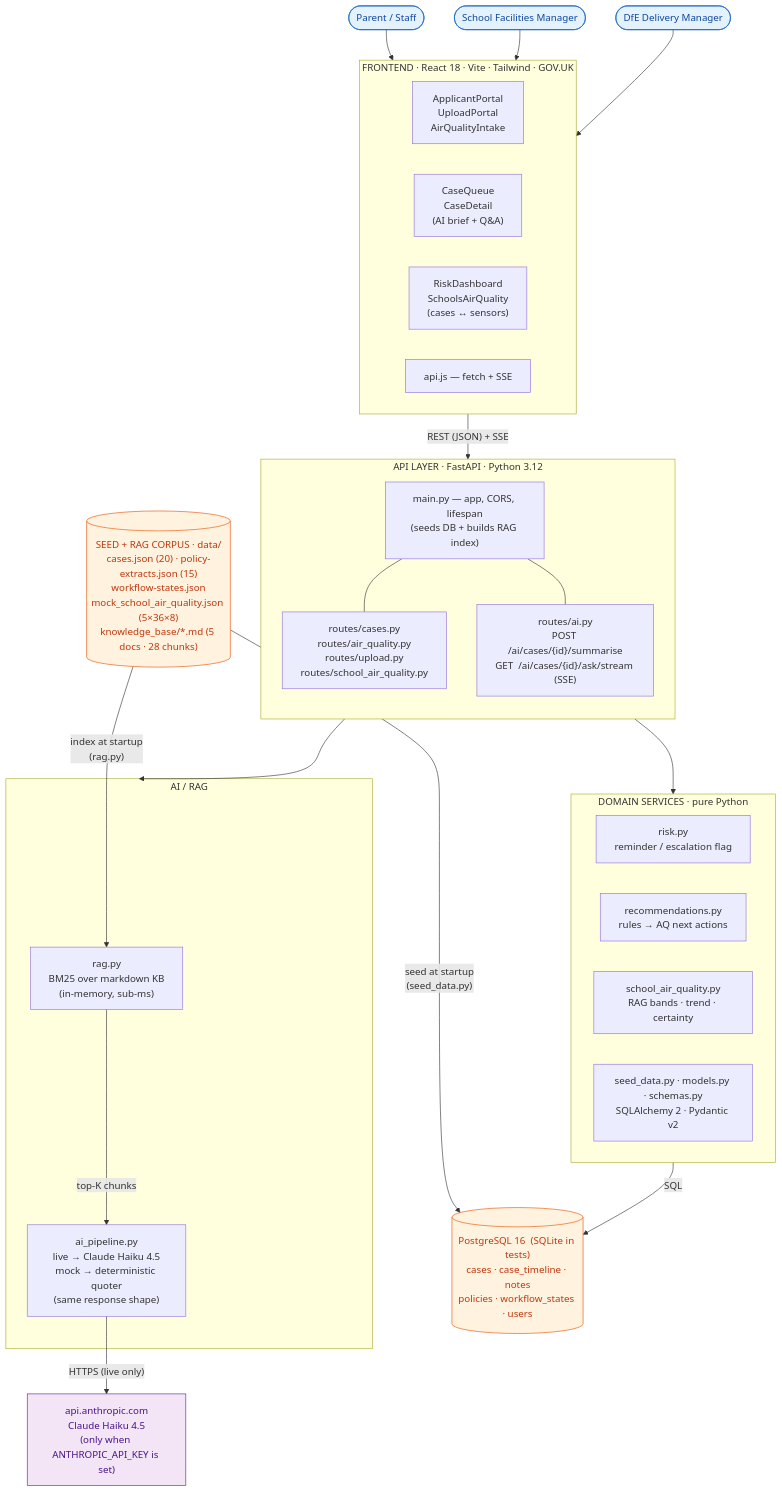
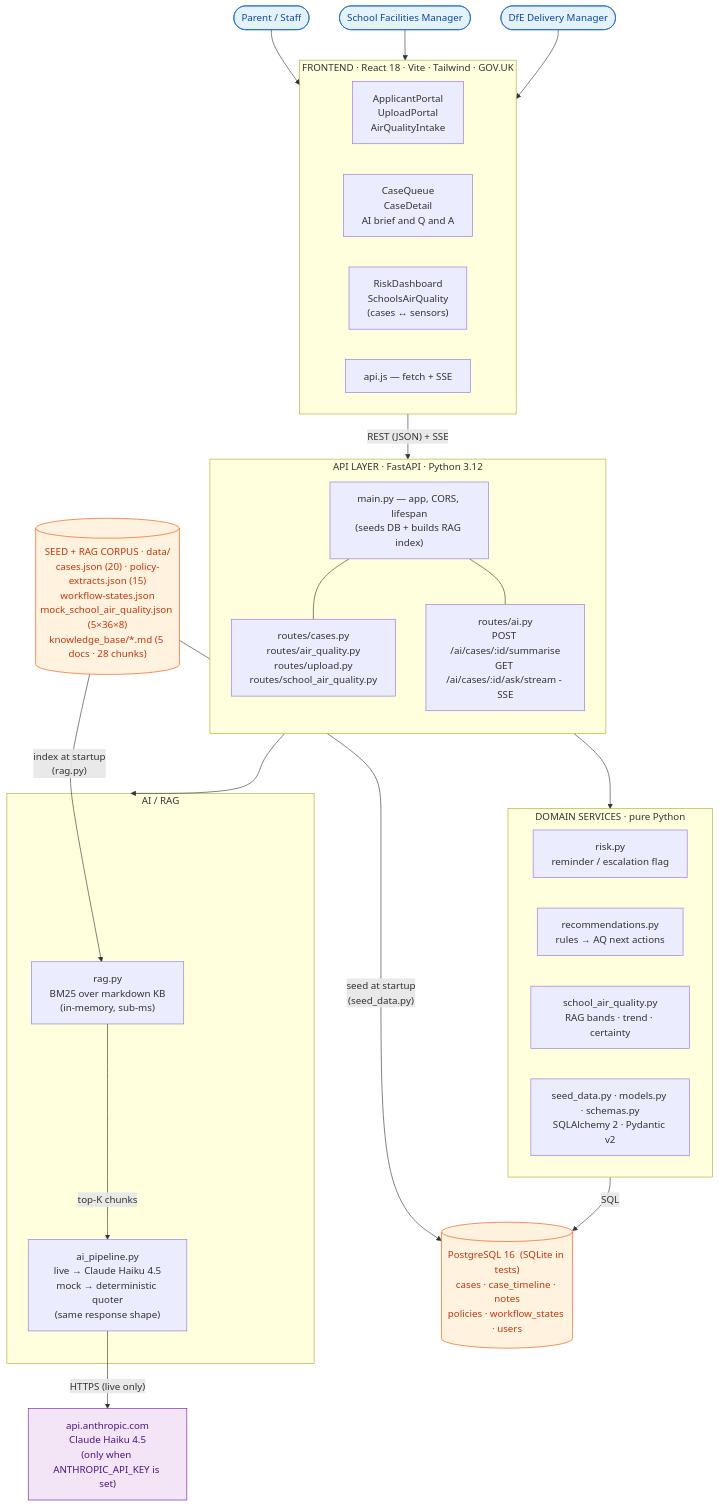
One commit to askreddii1234/pip-caseworker-assistant changed the first of 2 diagrams in README.md. Above: the diagram before and after it, drawn with Mermaid. The commit also changed other lines of this file, not shown here.

Commit message:
Fix Mermaid syntax errors in architecture diagrams
- Replace {id} with :id in API route node text — Mermaid parses { as a
  rhombus-shape opener, which broke the whole flowchart parse.
- Replace &amp; HTML entity with literal "and" — GitHub's Mermaid
  renderer doesn't decode HTML entities inside node labels.
- Remove &nbsp; entities — same reason.
- Change ER attribute type "boolean" to the more conventional "bool".

````diff
--- a/README.md
+++ b/README.md
@@ -25,64 +25,64 @@
 ```mermaid
 flowchart TB
     %% ─── Personas ───
     P1([Parent / Staff]):::persona
     P2([School Facilities Manager]):::persona
     P3([DfE Delivery Manager]):::persona
 
     %% ─── Frontend ───
     subgraph FE["FRONTEND  ·  React 18 · Vite · Tailwind · GOV.UK"]
         direction LR
         FE_PUB["ApplicantPortal<br/>UploadPortal<br/>AirQualityIntake"]
-        FE_CW["CaseQueue<br/>CaseDetail<br/>(AI brief + Q&amp;A)"]
+        FE_CW["CaseQueue<br/>CaseDetail<br/>AI brief and Q and A"]
         FE_LD["RiskDashboard<br/>SchoolsAirQuality<br/>(cases ↔ sensors)"]
         FE_API["api.js — fetch + SSE"]
     end
 
     %% ─── API ───
     subgraph API["API LAYER  ·  FastAPI · Python 3.12"]
         direction TB
         API_MAIN["main.py — app, CORS, lifespan<br/>(seeds DB + builds RAG index)"]
         API_R1["routes/cases.py<br/>routes/air_quality.py<br/>routes/upload.py<br/>routes/school_air_quality.py"]
-        API_R2["routes/ai.py<br/>POST /ai/cases/{id}/summarise<br/>GET&nbsp;&nbsp;/ai/cases/{id}/ask/stream (SSE)"]
+        API_R2["routes/ai.py<br/>POST /ai/cases/:id/summarise<br/>GET /ai/cases/:id/ask/stream - SSE"]
         API_MAIN --- API_R1
         API_MAIN --- API_R2
     end
 
     %% ─── Domain services ───
     subgraph DOM["DOMAIN SERVICES  ·  pure Python"]
         DOM1["risk.py<br/>reminder / escalation flag"]
         DOM2["recommendations.py<br/>rules → AQ next actions"]
         DOM3["school_air_quality.py<br/>RAG bands · trend · certainty"]
         DOM4["seed_data.py · models.py · schemas.py<br/>SQLAlchemy 2 · Pydantic v2"]
     end
 
     %% ─── AI / RAG ───
     subgraph AI["AI / RAG"]
         RAG["rag.py<br/>BM25 over markdown KB<br/>(in-memory, sub-ms)"]
         PIPE["ai_pipeline.py<br/>live → Claude Haiku 4.5<br/>mock → deterministic quoter<br/>(same response shape)"]
         RAG -- "top-K chunks" --> PIPE
     end
 
     %% ─── Persistence + External ───
     DB[("PostgreSQL 16  (SQLite in tests)<br/>cases · case_timeline · notes<br/>policies · workflow_states · users")]:::store
     EXT["api.anthropic.com<br/>Claude Haiku 4.5<br/>(only when ANTHROPIC_API_KEY is set)"]:::ext
 
     %% ─── Seed + RAG corpus ───
     SEED[("SEED + RAG CORPUS · data/<br/>cases.json (20) · policy-extracts.json (15)<br/>workflow-states.json<br/>mock_school_air_quality.json (5×36×8)<br/>knowledge_base/*.md (5 docs · 28 chunks)")]:::store
 
     %% ─── Wiring ───
     P1 --> FE
     P2 --> FE
     P3 --> FE
     FE -- "REST (JSON) + SSE" --> API
     API --> DOM
     API --> AI
     DOM -- "SQL" --> DB
     PIPE -- "HTTPS (live only)" --> EXT
     SEED -- "seed at startup<br/>(seed_data.py)" --> DB
     SEED -- "index at startup<br/>(rag.py)" --> RAG
 
     classDef persona fill:#e3f2fd,stroke:#1565c0,color:#0d47a1;
     classDef store fill:#fff3e0,stroke:#e65100,color:#bf360c;
     classDef ext fill:#f3e5f5,stroke:#6a1b9a,color:#4a148c;
 ```
````
